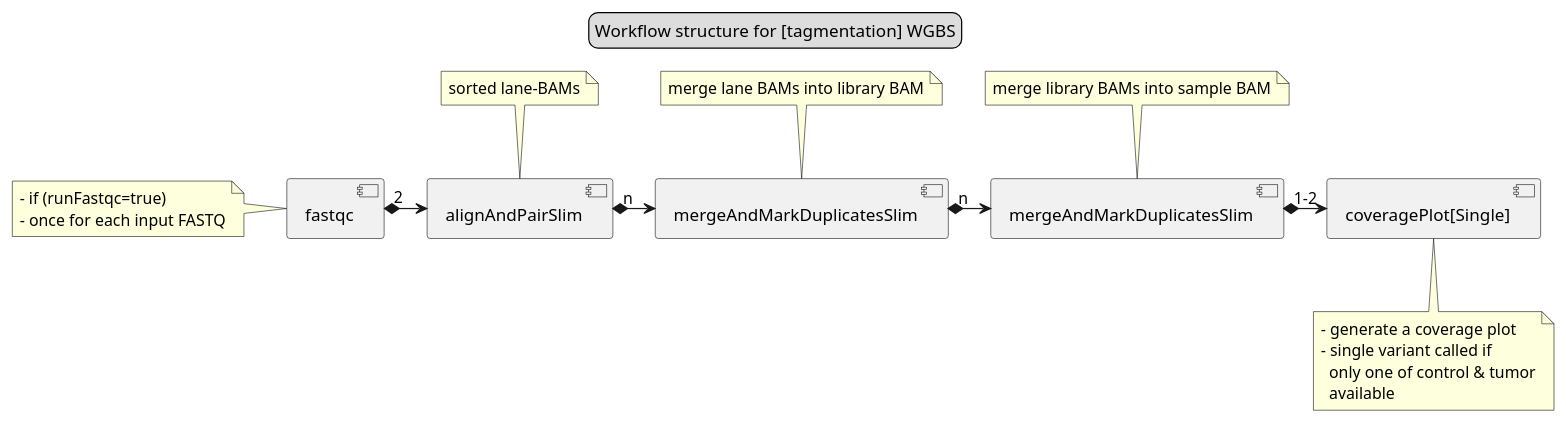
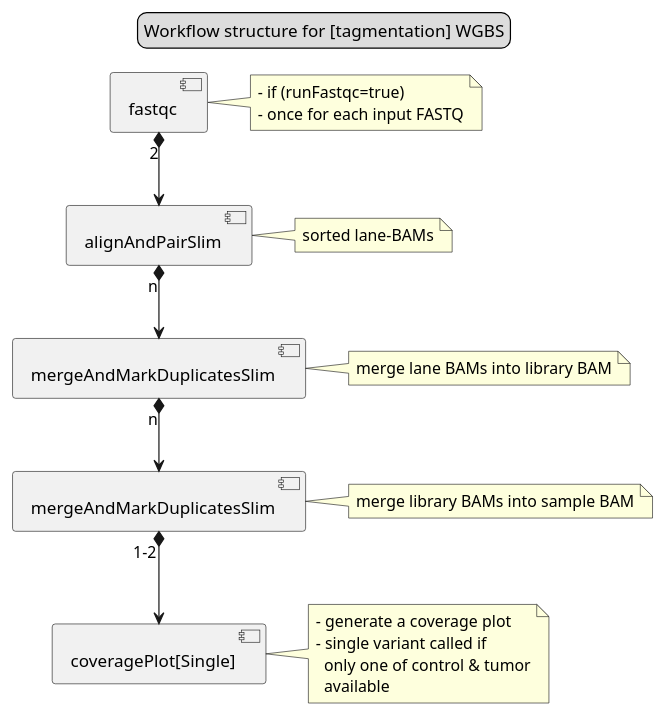
Before and after one commit to DKFZ-ODCF/AlignmentAndQCWorkflows: the diagram in docs/images/jobs-wgbs.puml, drawn with PlantUML. The commit also changed 2 other files, not shown here.

Commit message:
Changed the orientation of the job graphs.

```diff
--- a/docs/images/jobs-wgbs.puml
+++ b/docs/images/jobs-wgbs.puml
@@ -1,42 +1,42 @@
 @startuml
 
 [fastqc]
-note left of [fastqc]
+note right of [fastqc]
   - if (runFastqc=true)
   - once for each input FASTQ
 endnote
 
 component alignAndPairSlim as align
-note top of [align] : sorted lane-BAMs
+note right of [align] : sorted lane-BAMs
 
 component mergeAndMarkDuplicatesSlim as mergeLibrary
-note top of [mergeLibrary]
+note right of [mergeLibrary]
   merge lane BAMs into library BAM
 endnote
 
 component mergeAndMarkDuplicatesSlim as mergeSample
-note top of [mergeSample]
+note right of [mergeSample]
   merge library BAMs into sample BAM
 endnote
 
 component "coveragePlot[Single]" as plot
-note bottom of [plot]
+note right of [plot]
   - generate a coverage plot
   - single variant called if
     only one of control & tumor
     available
 endnote
 
-[fastqc] "2" *-right-> [align]
+[fastqc] "2" *-down-> [align]
 
-[align] "n" *-right-> [mergeLibrary]
+[align] "n" *-down-> [mergeLibrary]
 
-[mergeLibrary] "n" *-right-> [mergeSample]
+[mergeLibrary] "n" *-down-> [mergeSample]
 
-[mergeSample] "1-2" *-right-> [plot]
+[mergeSample] "1-2" *-down-> [plot]
 
 legend top
   Workflow structure for [tagmentation] WGBS
 endlegend
 
 @enduml
```
